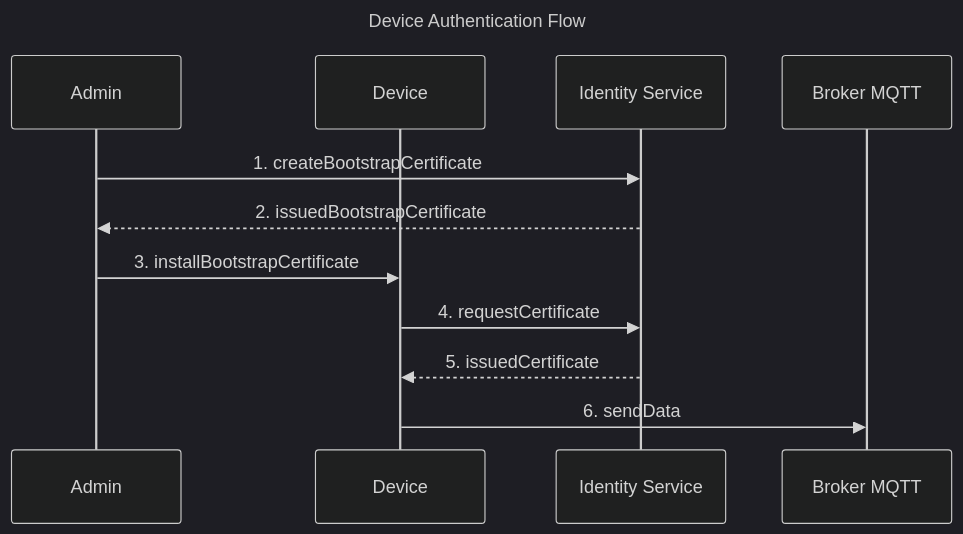
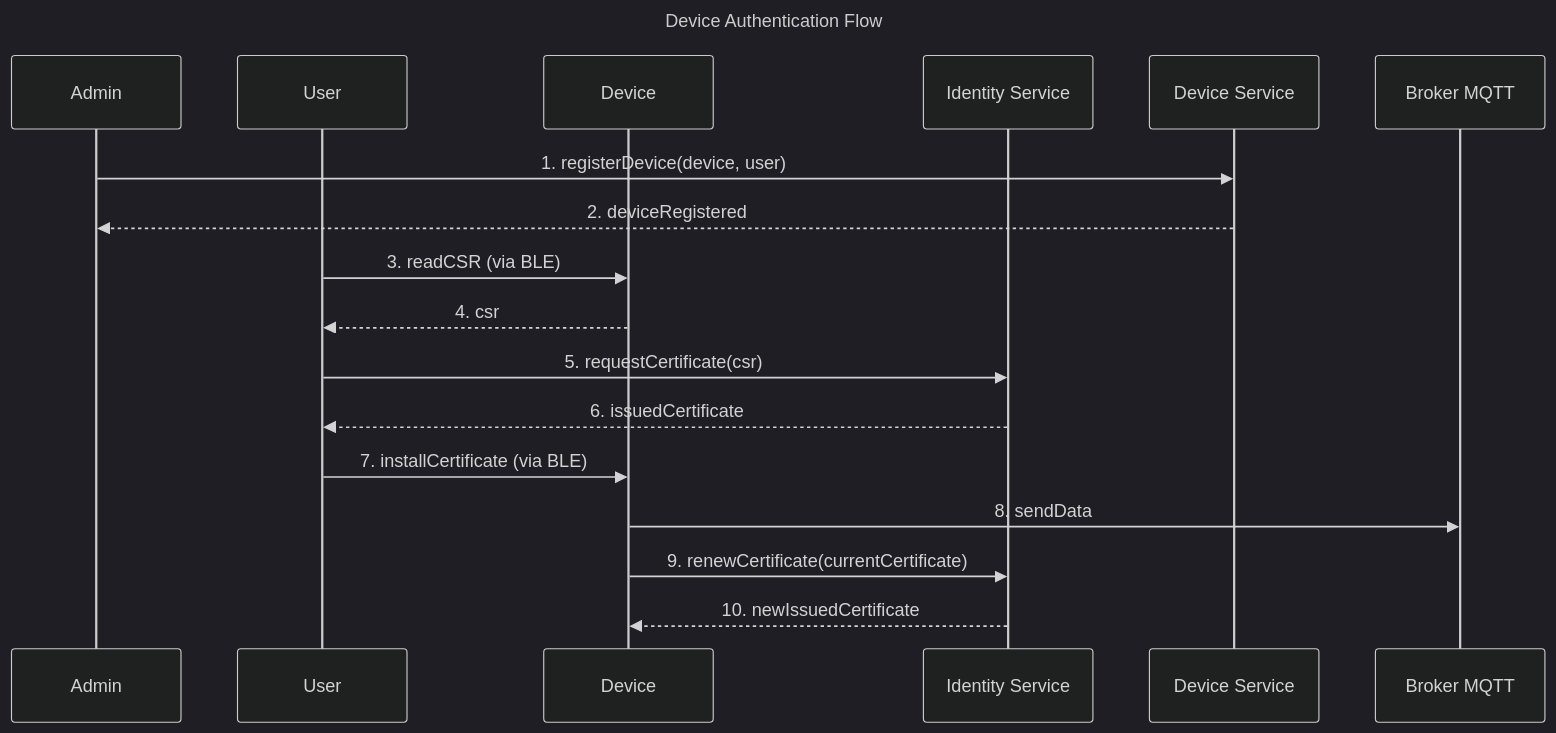
Before and after one commit to diogocerqueiralima/vehicle-tracker: the diagram in docs/device/authentication/overview.md, drawn with Mermaid (dark theme). The commit also changed other lines of this file and 2 other files, not shown here.

Commit message:
docs: update certificate enrollment flow and fix documentation issues
- Add ref block to certificate lifecycle diagram pointing to enrollment flow
- Rename "Certificate Lifecycle" section to "Certificate Usage" to avoid ambiguity with document title
- Declare OtherService as participant in enrollment diagram
- Add certificate renewal step to overview diagram
- Fix CertificateOptions description and RegularCertificate field format in identity-service

````diff
--- a/docs/device/authentication/overview.md
+++ b/docs/device/authentication/overview.md
@@ -19,16 +21,27 @@
 ```mermaid
 sequenceDiagram
     title Device Authentication Flow
 
     participant Admin
+    participant User
     participant Device
     participant IdentityService as Identity Service
+    participant DeviceService as Device Service
     participant BrokerMQTT as Broker MQTT
 
-    Admin->>IdentityService: 1. createBootstrapCertificate
-    IdentityService-->>Admin: 2. issuedBootstrapCertificate
-    Admin->>Device: 3. installBootstrapCertificate
-    Device->>IdentityService: 4. requestCertificate
-    IdentityService-->>Device: 5. issuedCertificate
-    Device->>BrokerMQTT: 6. sendData
+    Admin->>DeviceService: 1. registerDevice(device, user)
+    DeviceService-->>Admin: 2. deviceRegistered
+
+    User->>Device: 3. readCSR (via BLE)
+    Device-->>User: 4. csr
+
+    User->>IdentityService: 5. requestCertificate(csr)
+    IdentityService-->>User: 6. issuedCertificate
+
+    User->>Device: 7. installCertificate (via BLE)
+
+    Device->>BrokerMQTT: 8. sendData
+
+    Device->>IdentityService: 9. renewCertificate(currentCertificate)
+    IdentityService-->>Device: 10. newIssuedCertificate
 ```
````
